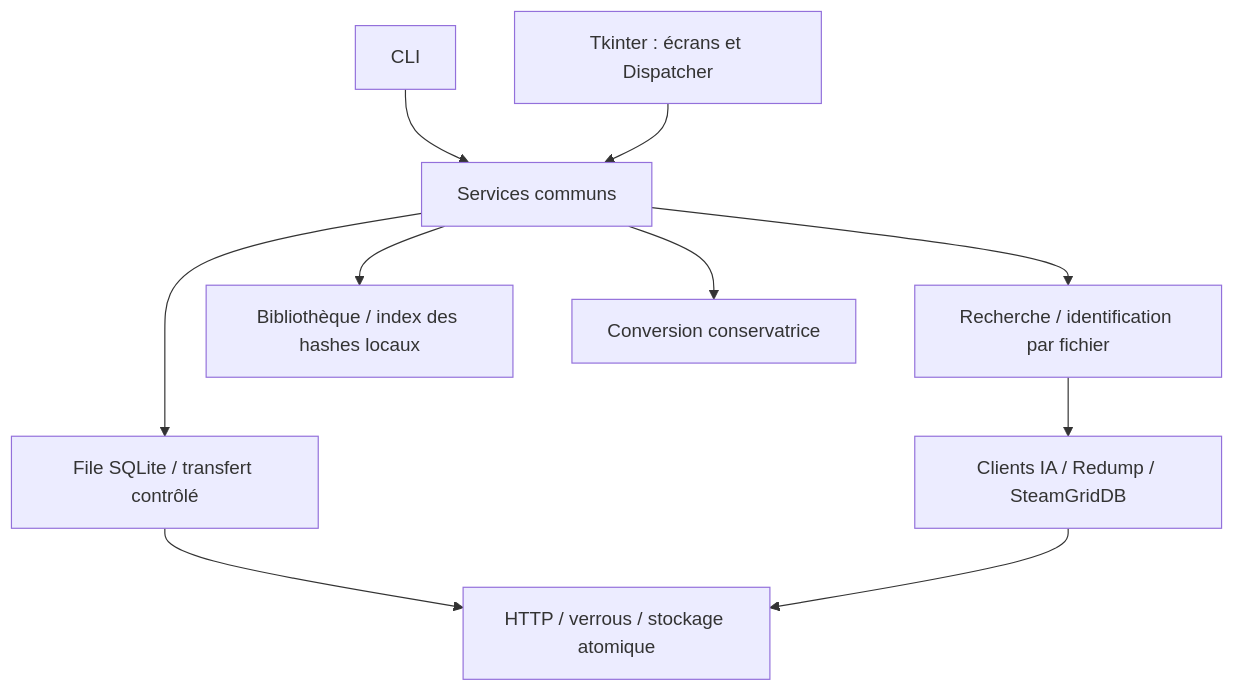
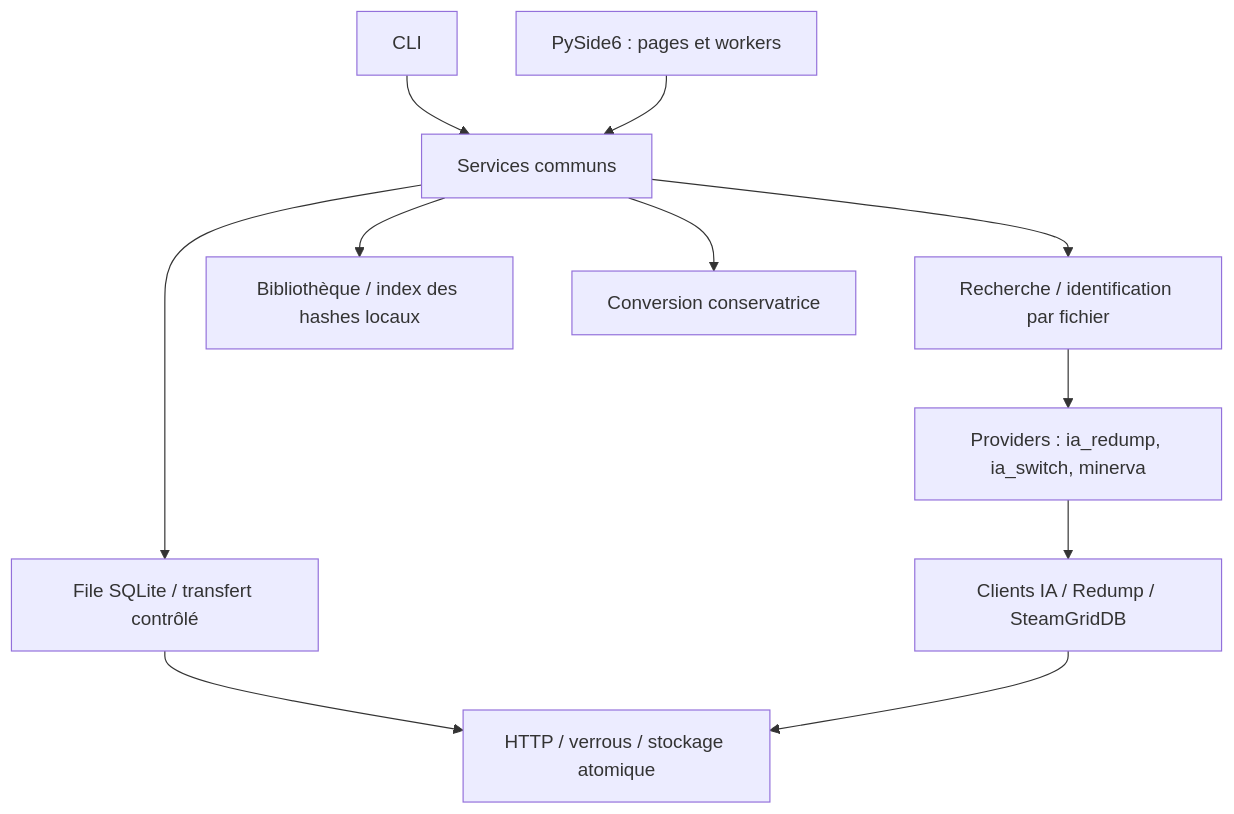
One commit to kayzidev/Cochwa changed the diagram in docs/ARCHITECTURE.md. Above: the diagram before and after it, drawn with Mermaid. The commit also changed other lines of this file and 3 other files, not shown here.

````diff
--- a/docs/ARCHITECTURE.md
+++ b/docs/ARCHITECTURE.md
@@ -7,12 +9,13 @@
 ```mermaid
 flowchart TD
     CLI[CLI] --> SERVICES[Services communs]
-    GUI[Tkinter : écrans et Dispatcher] --> SERVICES
+    GUI[PySide6 : pages et workers] --> SERVICES
     SERVICES --> SEARCH[Recherche / identification par fichier]
     SERVICES --> JOBS[File SQLite / transfert contrôlé]
     SERVICES --> LIB[Bibliothèque / index des hashes locaux]
     SERVICES --> CONVERT[Conversion conservatrice]
-    SEARCH --> API[Clients IA / Redump / SteamGridDB]
+    SEARCH --> PROVIDERS[Providers : ia_redump, ia_switch, minerva]
+    PROVIDERS --> API[Clients IA / Redump / SteamGridDB]
     JOBS --> IO[HTTP / verrous / stockage atomique]
     API --> IO
 ```
````
